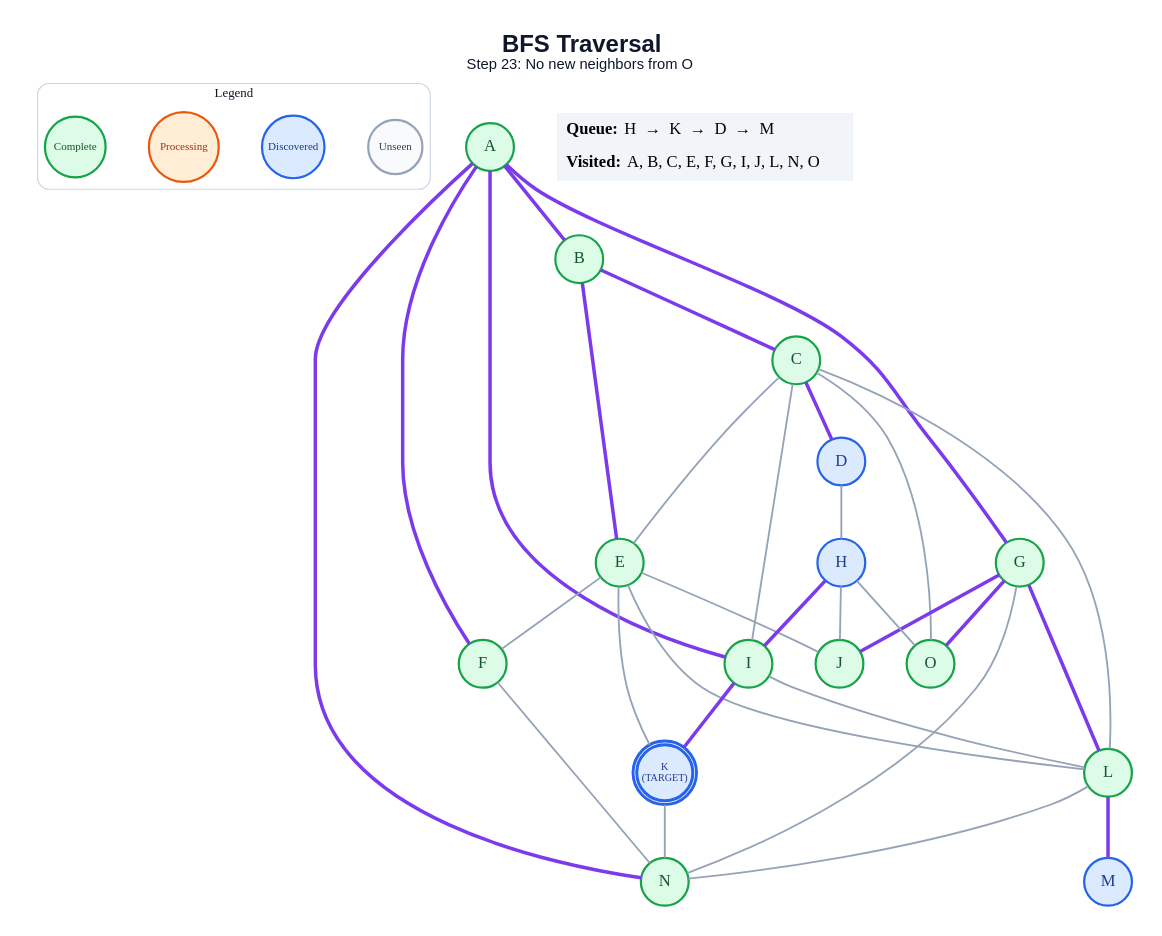
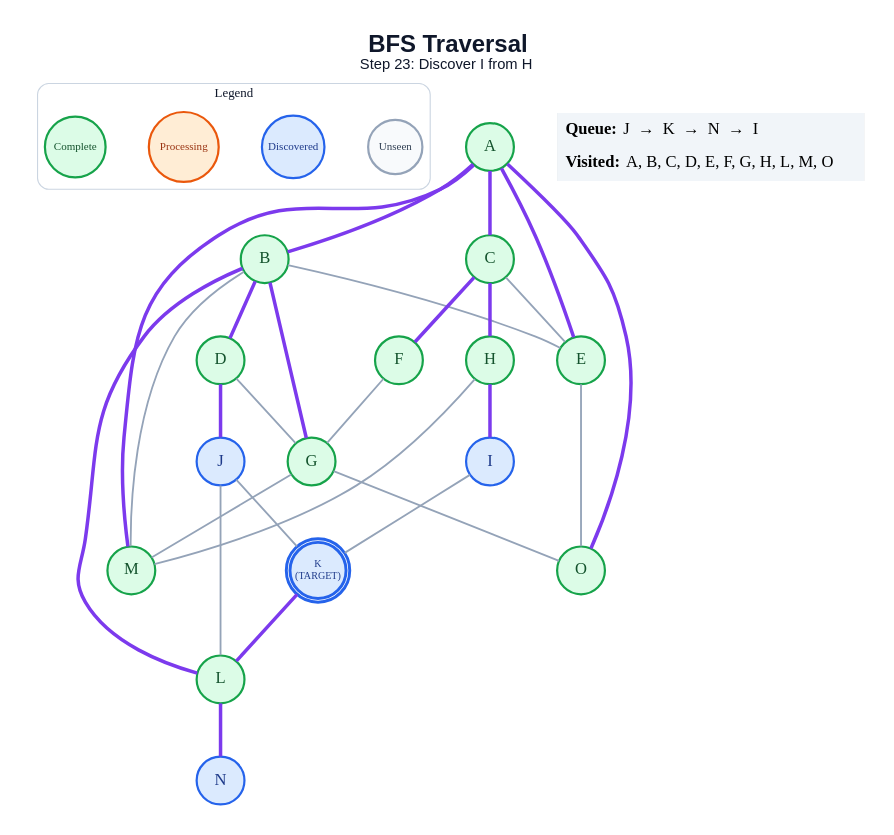
Before and after one commit to anon7238593-create/ai-slop: the diagram in generated/specific-node/bfs/step_23.dot, drawn with Graphviz. The commit also changed 302 other files, not shown here.

```diff
--- a/generated/specific-node/bfs/step_23.dot
+++ b/generated/specific-node/bfs/step_23.dot
@@ -1,64 +1,60 @@
 graph traversal {
   graph [layout=dot, rankdir=TB, bgcolor="#FFFFFF", pad="0.35", nodesep="0.65", ranksep="0.8", fontname="Arial"];
   node [shape=circle, style="filled", fontname="Arial Bold", fontsize=18, width=0.72, fixedsize=true, penwidth=2.4];
   edge [color="#94A3B8", penwidth=2.0];
-  label=<<B>BFS Traversal</B><BR/><FONT POINT-SIZE="16">Step 23: No new neighbors from O</FONT>>; labelloc="t"; fontsize=26; fontname="Arial"; fontcolor="#0F172A";
+  label=<<B>BFS Traversal</B><BR/><FONT POINT-SIZE="16">Step 23: Discover I from H</FONT>>; labelloc="t"; fontsize=26; fontname="Arial"; fontcolor="#0F172A";
   subgraph cluster_legend { label="Legend"; color="#CBD5E1"; penwidth=1.2; style="rounded"; fontsize=14; fontname="Arial Bold";
     key_unseen [label="Unseen", fillcolor="#F8FAFC", color="#94A3B8", fontcolor="#334155", fontsize=12, width=0.82];
     key_frontier [label="Discovered", fillcolor="#DBEAFE", color="#2563EB", fontcolor="#1E3A8A", fontsize=12, width=0.95];
     key_current [label="Processing", fillcolor="#FFEDD5", color="#EA580C", fontcolor="#9A3412", fontsize=12, width=1.05];
     key_done [label="Complete", fillcolor="#DCFCE7", color="#16A34A", fontcolor="#14532D", fontsize=12, width=0.92];
     { rank=same; key_unseen; key_frontier; key_current; key_done; }
   }
   A [label="A", fillcolor="#DCFCE7", color="#16A34A", fontcolor="#14532D", peripheries=1, penwidth=2.4];
   B [label="B", fillcolor="#DCFCE7", color="#16A34A", fontcolor="#14532D", peripheries=1, penwidth=2.4];
   C [label="C", fillcolor="#DCFCE7", color="#16A34A", fontcolor="#14532D", peripheries=1, penwidth=2.4];
-  D [label="D", fillcolor="#DBEAFE", color="#2563EB", fontcolor="#1E3A8A", peripheries=1, penwidth=2.4];
+  D [label="D", fillcolor="#DCFCE7", color="#16A34A", fontcolor="#14532D", peripheries=1, penwidth=2.4];
   E [label="E", fillcolor="#DCFCE7", color="#16A34A", fontcolor="#14532D", peripheries=1, penwidth=2.4];
   F [label="F", fillcolor="#DCFCE7", color="#16A34A", fontcolor="#14532D", peripheries=1, penwidth=2.4];
   G [label="G", fillcolor="#DCFCE7", color="#16A34A", fontcolor="#14532D", peripheries=1, penwidth=2.4];
-  H [label="H", fillcolor="#DBEAFE", color="#2563EB", fontcolor="#1E3A8A", peripheries=1, penwidth=2.4];
-  I [label="I", fillcolor="#DCFCE7", color="#16A34A", fontcolor="#14532D", peripheries=1, penwidth=2.4];
-  J [label="J", fillcolor="#DCFCE7", color="#16A34A", fontcolor="#14532D", peripheries=1, penwidth=2.4];
+  H [label="H", fillcolor="#DCFCE7", color="#16A34A", fontcolor="#14532D", peripheries=1, penwidth=2.4];
+  I [label="I", fillcolor="#DBEAFE", color="#2563EB", fontcolor="#1E3A8A", peripheries=1, penwidth=2.4];
+  J [label="J", fillcolor="#DBEAFE", color="#2563EB", fontcolor="#1E3A8A", peripheries=1, penwidth=2.4];
   K [label="K\n(TARGET)", fillcolor="#DBEAFE", color="#2563EB", fontcolor="#1E3A8A", peripheries=2, penwidth=3.2, fontsize=11, width=0.85, height=0.85];
   L [label="L", fillcolor="#DCFCE7", color="#16A34A", fontcolor="#14532D", peripheries=1, penwidth=2.4];
-  M [label="M", fillcolor="#DBEAFE", color="#2563EB", fontcolor="#1E3A8A", peripheries=1, penwidth=2.4];
-  N [label="N", fillcolor="#DCFCE7", color="#16A34A", fontcolor="#14532D", peripheries=1, penwidth=2.4];
+  M [label="M", fillcolor="#DCFCE7", color="#16A34A", fontcolor="#14532D", peripheries=1, penwidth=2.4];
+  N [label="N", fillcolor="#DBEAFE", color="#2563EB", fontcolor="#1E3A8A", peripheries=1, penwidth=2.4];
   O [label="O", fillcolor="#DCFCE7", color="#16A34A", fontcolor="#14532D", peripheries=1, penwidth=2.4];
   A -- B [color="#7C3AED", penwidth=3.8];
-  A -- F [color="#7C3AED", penwidth=3.8];
-  A -- G [color="#7C3AED", penwidth=3.8];
-  A -- I [color="#7C3AED", penwidth=3.8];
-  A -- N [color="#7C3AED", penwidth=3.8];
-  B -- C [color="#7C3AED", penwidth=3.8];
-  B -- E [color="#7C3AED", penwidth=3.8];
-  C -- D [color="#7C3AED", penwidth=3.8];
+  A -- C [color="#7C3AED", penwidth=3.8];
+  A -- E [color="#7C3AED", penwidth=3.8];
+  A -- M [color="#7C3AED", penwidth=3.8];
+  A -- O [color="#7C3AED", penwidth=3.8];
+  B -- D [color="#7C3AED", penwidth=3.8];
+  B -- E;
+  B -- G [color="#7C3AED", penwidth=3.8];
+  B -- L [color="#7C3AED", penwidth=3.8];
+  B -- M;
   C -- E;
-  C -- I;
-  C -- L;
-  C -- O;
-  D -- H;
-  E -- F;
-  E -- J;
-  E -- K;
-  E -- L;
-  F -- N;
-  G -- J [color="#7C3AED", penwidth=3.8];
-  G -- L [color="#7C3AED", penwidth=3.8];
-  G -- N;
-  G -- O [color="#7C3AED", penwidth=3.8];
+  C -- F [color="#7C3AED", penwidth=3.8];
+  C -- H [color="#7C3AED", penwidth=3.8];
+  D -- G;
+  D -- J [color="#7C3AED", penwidth=3.8];
+  E -- O;
+  F -- G;
+  G -- M;
+  G -- O;
   H -- I [color="#7C3AED", penwidth=3.8];
-  H -- J;
-  H -- O;
-  I -- K [color="#7C3AED", penwidth=3.8];
-  I -- L;
-  K -- N;
-  L -- M [color="#7C3AED", penwidth=3.8];
-  L -- N;
+  H -- M;
+  I -- K;
+  J -- K;
+  J -- L;
+  K -- L [color="#7C3AED", penwidth=3.8];
+  L -- N [color="#7C3AED", penwidth=3.8];
   status [shape=plain, fixedsize=false, width=0, height=0, margin=0, label=<
     <TABLE BORDER="0" CELLBORDER="0" CELLPADDING="7" BGCOLOR="#F1F5F9">
-      <TR><TD ALIGN="LEFT"><B>Queue:</B> H  →  K  →  D  →  M</TD></TR>
-      <TR><TD ALIGN="LEFT"><B>Visited:</B> A, B, C, E, F, G, I, J, L, N, O</TD></TR>
+      <TR><TD ALIGN="LEFT"><B>Queue:</B> J  →  K  →  N  →  I</TD></TR>
+      <TR><TD ALIGN="LEFT"><B>Visited:</B> A, B, C, D, E, F, G, H, L, M, O</TD></TR>
     </TABLE>
   >];
 }
```
